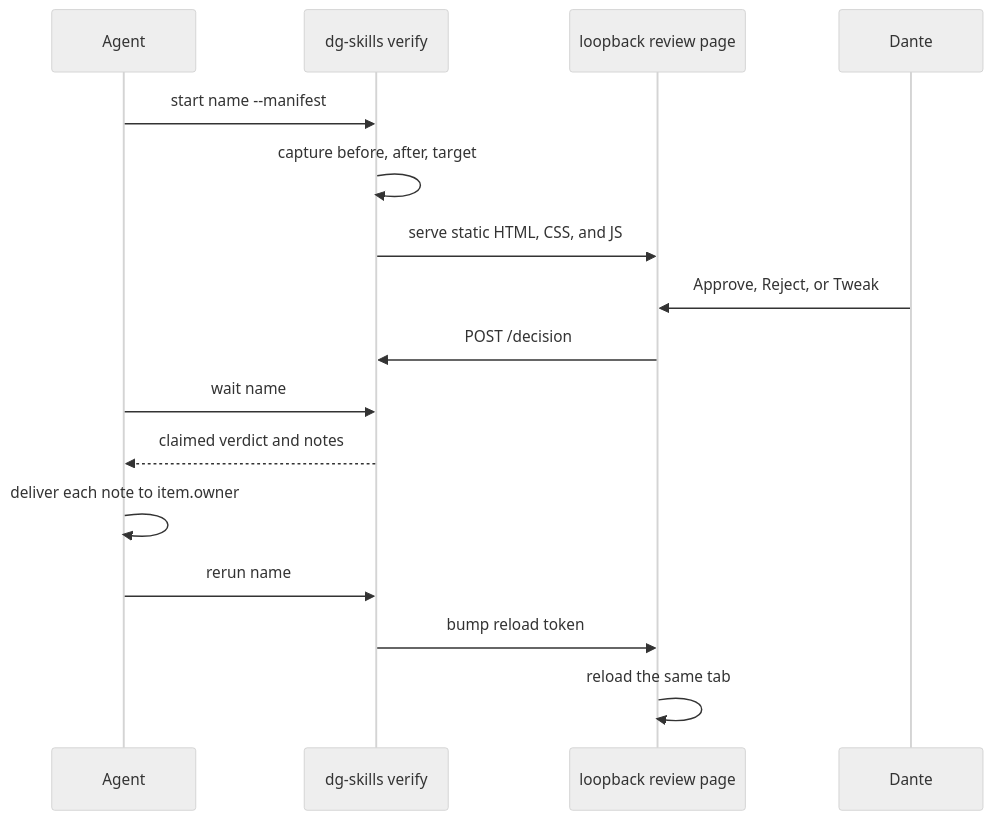
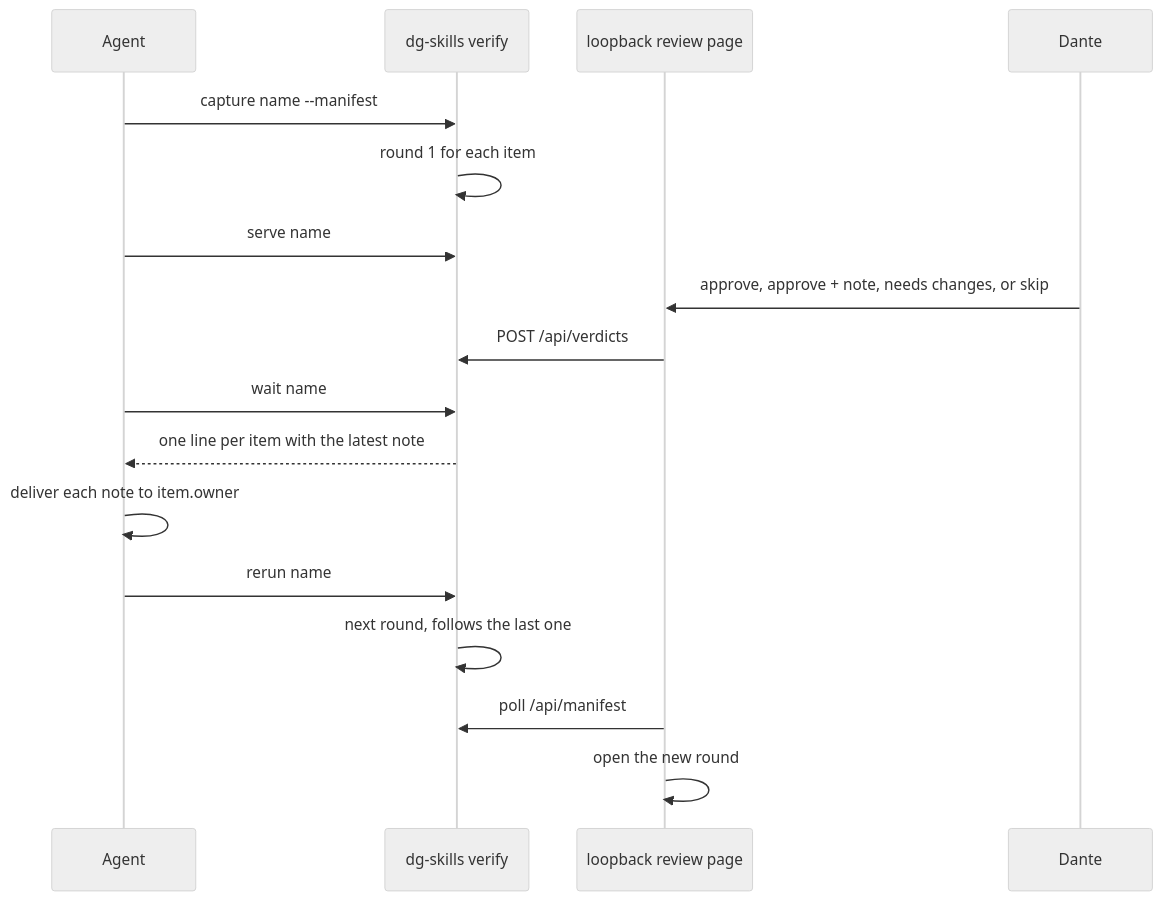
The diagram in docs/adr/0023-verify-local-review.md (detailedghost/dg-ai), drawn with Mermaid (neutral theme) before and after one commit. The commit also changed other lines of this file and 13 other files, not shown here.

````diff
--- a/docs/adr/0023-verify-local-review.md
+++ b/docs/adr/0023-verify-local-review.md
@@ -54,19 +62,20 @@
 ```mermaid
 sequenceDiagram
     participant Agent
     participant CLI as dg-skills verify
     participant Page as loopback review page
     participant Dante
 
-    Agent->>CLI: start name --manifest
-    CLI->>CLI: capture before, after, target
-    CLI->>Page: serve static HTML, CSS, and JS
-    Dante->>Page: Approve, Reject, or Tweak
-    Page->>CLI: POST /decision
+    Agent->>CLI: capture name --manifest
+    CLI->>CLI: round 1 for each item
+    Agent->>CLI: serve name
+    Dante->>Page: approve, approve + note, needs changes, or skip
+    Page->>CLI: POST /api/verdicts
     Agent->>CLI: wait name
-    CLI-->>Agent: claimed verdict and notes
+    CLI-->>Agent: one line per item with the latest note
     Agent->>Agent: deliver each note to item.owner
     Agent->>CLI: rerun name
-    CLI->>Page: bump reload token
-    Page->>Page: reload the same tab
+    CLI->>CLI: next round, follows the last one
+    Page->>CLI: poll /api/manifest
+    Page->>Page: open the new round
 ```
````
